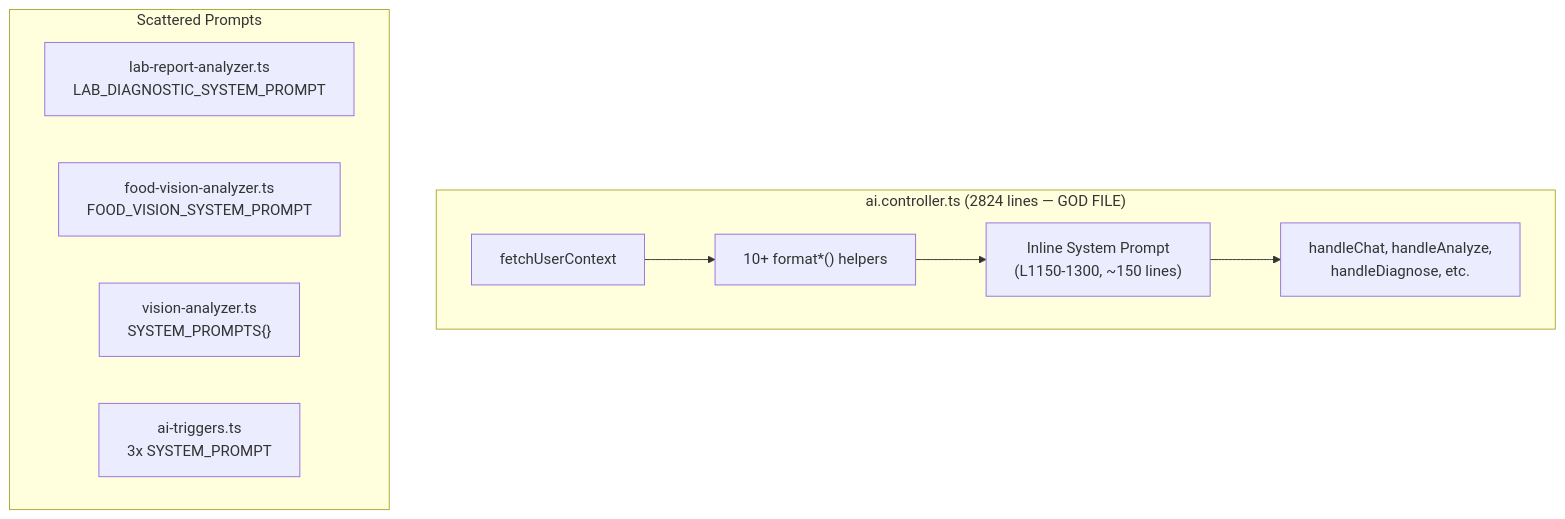
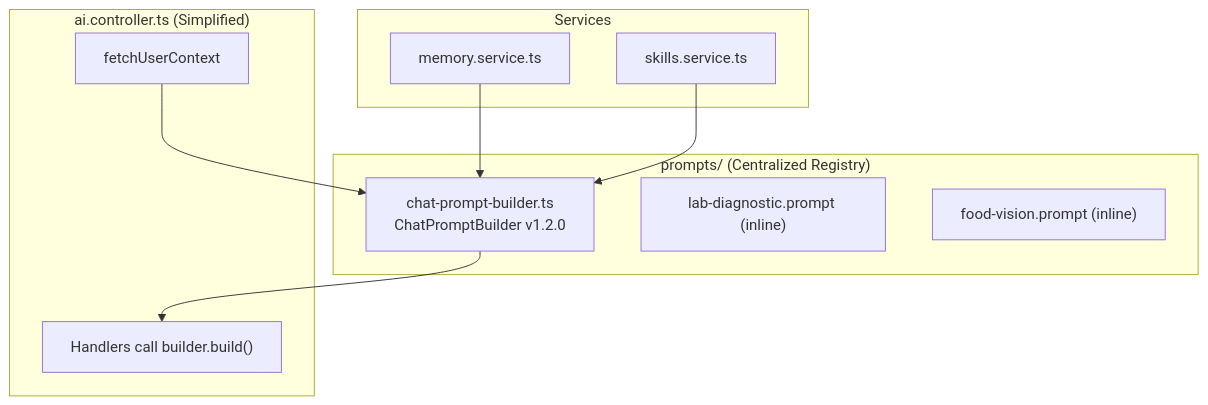
The first of 2 diagrams in docs/prompt_architecture.md (S4rikk/vitograph), drawn with Mermaid before and after one commit. The commit also changed other lines of this file and 8 other files, not shown here.

Commit message:
docs: update memory architecture to v4.0.0 and refine emotional persona integration

````diff
--- a/docs/prompt_architecture.md
+++ b/docs/prompt_architecture.md
@@ -11,20 +13,23 @@
 ```mermaid
 graph TB
-    subgraph "ai.controller.ts (2824 lines — GOD FILE)"
-        FC[fetchUserContext]
-        FMT["10+ format*() helpers"]
-        INLINE_PROMPT["Inline System Prompt<br/>(L1150-1300, ~150 lines)"]
-        HANDLERS["handleChat, handleAnalyze,<br/>handleDiagnose, etc."]
+    subgraph "prompts/ (Centralized Registry)"
+        CB["chat-prompt-builder.ts\nChatPromptBuilder v1.2.0"]
+        LP["lab-diagnostic.prompt (inline)"]
+        FP["food-vision.prompt (inline)"]
     end
     
-    subgraph "Scattered Prompts"
-        LAB["lab-report-analyzer.ts<br/>LAB_DIAGNOSTIC_SYSTEM_PROMPT"]
-        FOOD["food-vision-analyzer.ts<br/>FOOD_VISION_SYSTEM_PROMPT"]
-        SOMATIC["vision-analyzer.ts<br/>SYSTEM_PROMPTS{}"]
-        TRIGGERS["ai-triggers.ts<br/>3x SYSTEM_PROMPT"]
+    subgraph "ai.controller.ts (Simplified)"
+        FC[fetchUserContext]
+        HANDLERS["Handlers call builder.build()"]
     end
     
-    FC --> FMT
-    FMT --> INLINE_PROMPT
-    INLINE_PROMPT --> HANDLERS
+    subgraph "Services"
+        MS[memory.service.ts]
+        SS[skills.service.ts]
+    end
+
+    FC --> CB
+    MS --> CB
+    SS --> CB
+    CB --> HANDLERS
 ```
````
